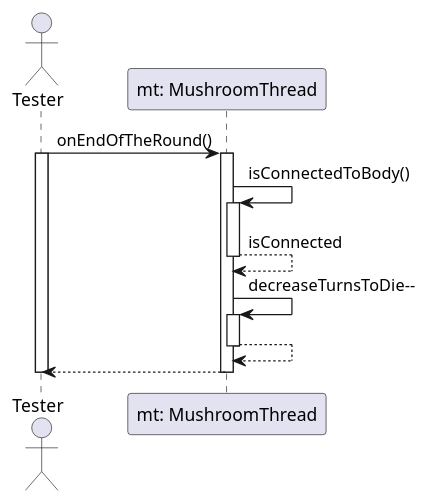
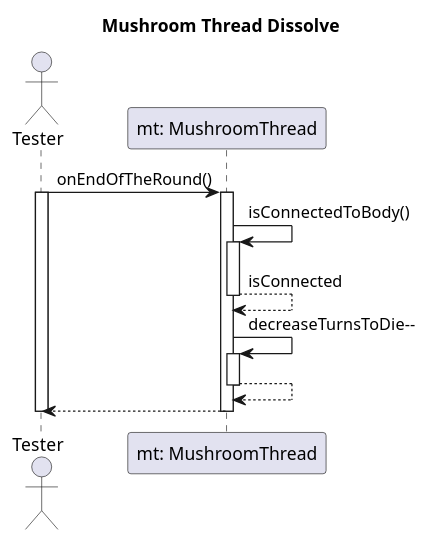
One commit to dzsem/projlab changed the diagram in diagrams/test-sequence/mushroom/mushroomThreadDissolve.wsd. Above: the diagram before and after it, drawn with PlantUML. The commit also changed 7 other files, not shown here.

Commit message:
Fixed problems in mushroomThreadTestsInit and in mushroomThreadDie, typos and added titles

```diff
--- a/diagrams/test-sequence/mushroom/mushroomThreadDissolve.wsd
+++ b/diagrams/test-sequence/mushroom/mushroomThreadDissolve.wsd
@@ -1,25 +1,27 @@
 @startuml Mushroom Thread Dissolve
+
+title Mushroom Thread Dissolve
 
 actor "Tester" as tester
 participant "mt: MushroomThread" as mt
 
 tester -> mt: onEndOfTheRound()
 activate tester
 activate mt
 
 mt -> mt: isConnectedToBody()
 activate mt
 mt --> mt: isConnected
 deactivate mt
 
 mt -> mt: decreaseTurnsToDie--
 activate mt
 mt --> mt
 deactivate mt
 
 mt --> tester
 deactivate mt
 deactivate tester
 
 
 @enduml
```
